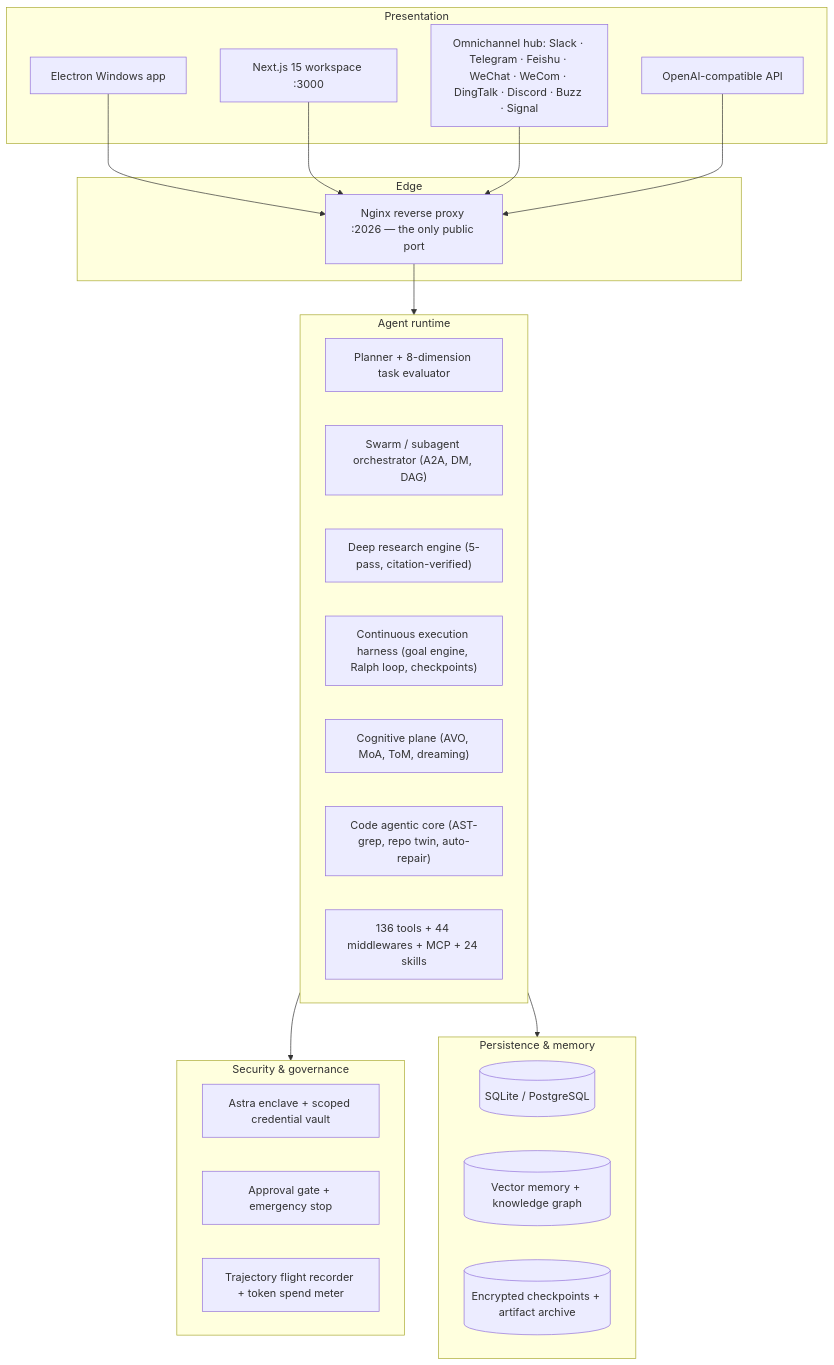
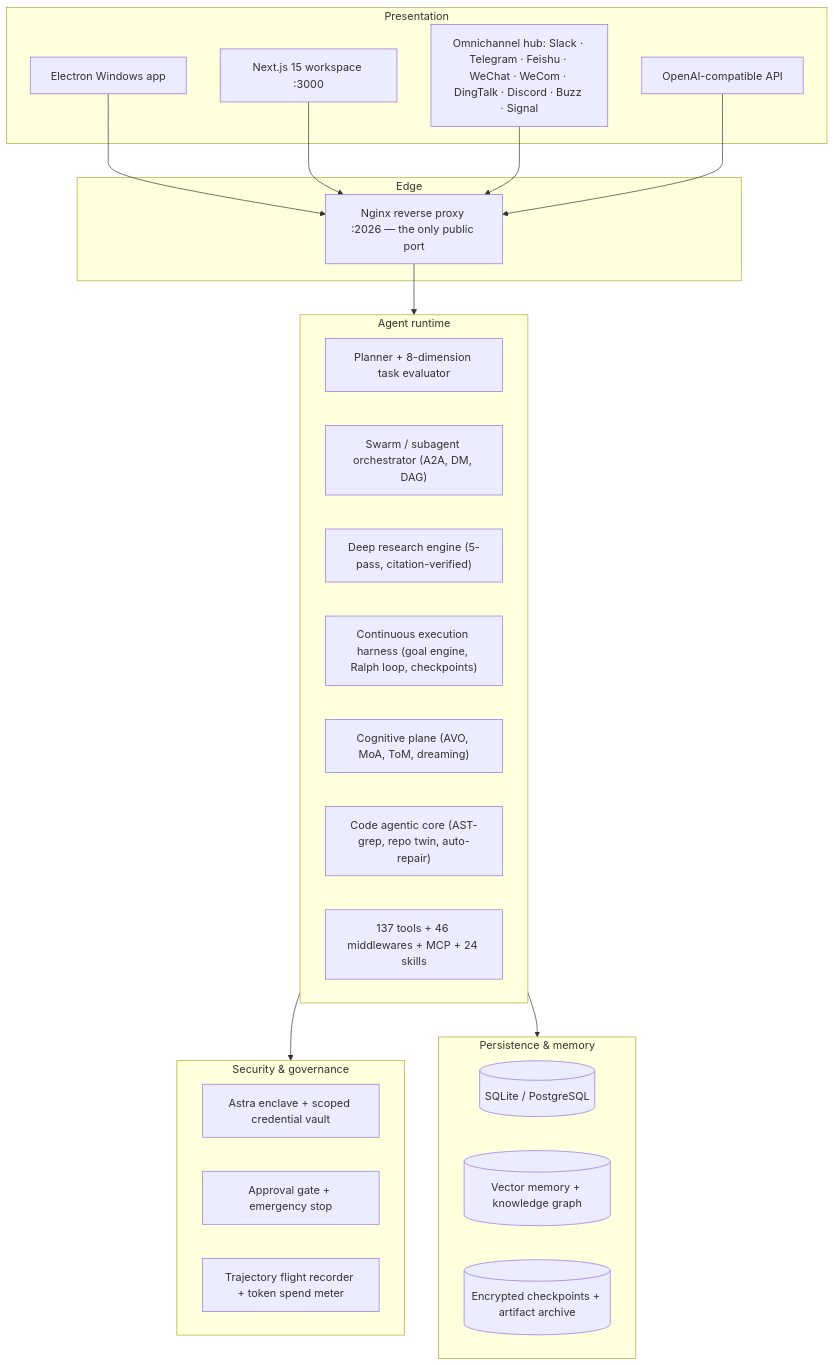
The diagram in README.md (itsPremkumar/alpha), drawn with Mermaid before and after one commit. The commit also changed other lines of this file and 5 other files, not shown here.

````diff
--- a/README.md
+++ b/README.md
@@ -137,43 +137,43 @@
 ```mermaid
 flowchart TB
     subgraph Presentation ["Presentation"]
         Electron["Electron Windows app"]
         Web["Next.js 15 workspace :3000"]
         IM["Omnichannel hub: Slack · Telegram · Feishu · WeChat · WeCom · DingTalk · Discord · Buzz · Signal"]
         OpenAICompat["OpenAI-compatible API"]
     end
 
     subgraph Edge ["Edge"]
         Nginx["Nginx reverse proxy :2026 — the only public port"]
     end
 
     subgraph Runtime ["Agent runtime"]
         Planner["Planner + 8-dimension task evaluator"]
         Orchestrator["Swarm / subagent orchestrator (A2A, DM, DAG)"]
         Research["Deep research engine (5-pass, citation-verified)"]
         Harness["Continuous execution harness (goal engine, Ralph loop, checkpoints)"]
         Cognition["Cognitive plane (AVO, MoA, ToM, dreaming)"]
         CodeCore["Code agentic core (AST-grep, repo twin, auto-repair)"]
-        Tools["136 tools + 44 middlewares + MCP + 24 skills"]
+        Tools["137 tools + 46 middlewares + MCP + 24 skills"]
     end
 
     subgraph Security ["Security & governance"]
         Astra["Astra enclave + scoped credential vault"]
         Approval["Approval gate + emergency stop"]
         Audit["Trajectory flight recorder + token spend meter"]
     end
 
     subgraph Storage ["Persistence & memory"]
         DB[("SQLite / PostgreSQL")]
         Mem[("Vector memory + knowledge graph")]
         CKPT[("Encrypted checkpoints + artifact archive")]
     end
 
     Electron --> Nginx
     Web --> Nginx
     IM --> Nginx
     OpenAICompat --> Nginx
     Nginx --> Runtime
     Runtime --> Security
     Runtime --> Storage
 ```
````
